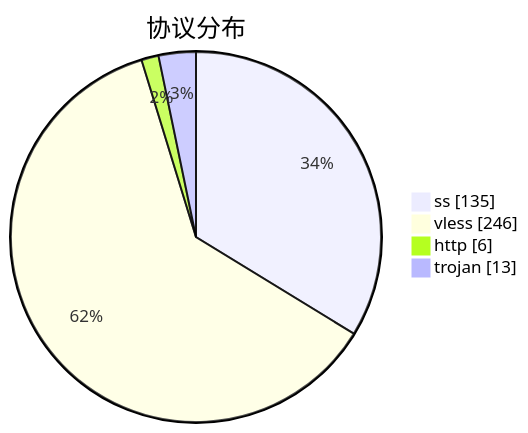
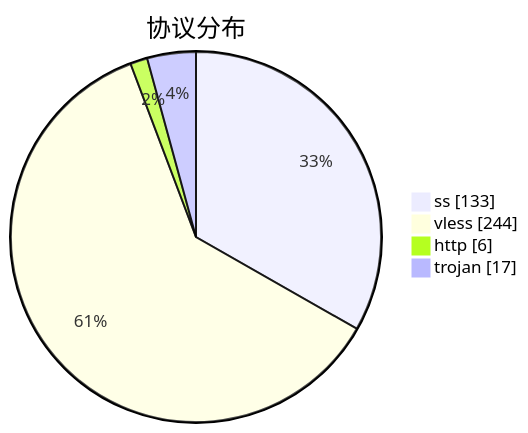
One commit to qjlxg/airport changed the third of 3 diagrams in subs/statistics/tested_within.md. Above: the diagram before and after it, drawn with Mermaid. The commit also changed other lines of this file and 2 other files, not shown here.

````diff
--- a/subs/statistics/tested_within.md
+++ b/subs/statistics/tested_within.md
@@ -36,8 +37,8 @@
 ```mermaid
 pie showData
 title 协议分布
-"ss" : 135
-"vless" : 246
+"ss" : 133
+"vless" : 244
 "http" : 6
-"trojan" : 13
+"trojan" : 17
 ```
````
